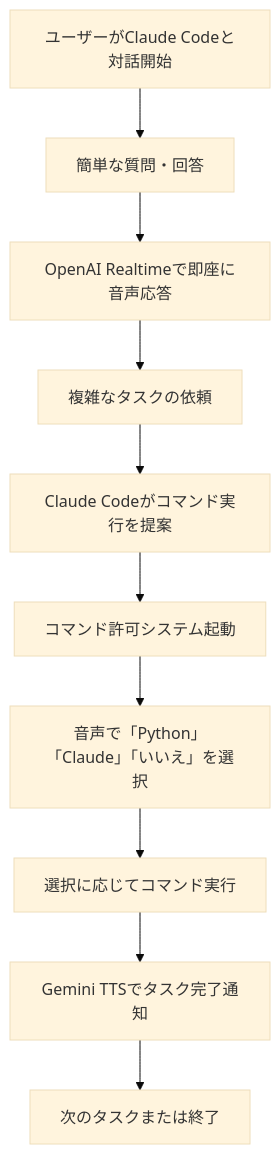
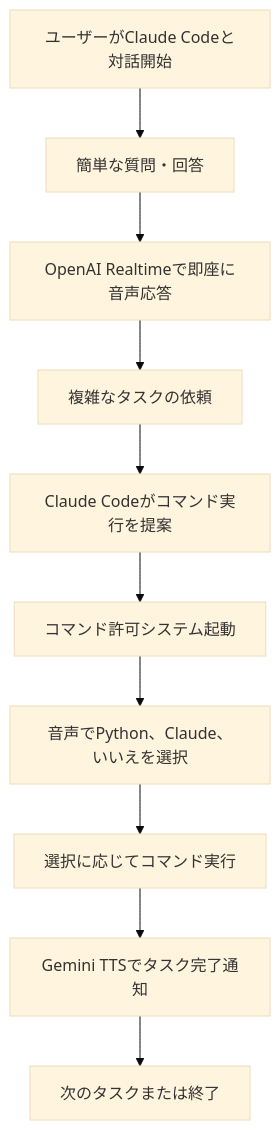
Before and after one commit to ganpare/haconiwa: the diagram in voice-systems/README.ja.md, drawn with Mermaid (base theme). The commit also changed other lines of this file and 1 other file, not shown here.

First line of the commit message:
fix: update voice-systems README files with complete CLAUDE.md integration

````diff
--- a/voice-systems/README.ja.md
+++ b/voice-systems/README.ja.md
@@ -16,12 +16,12 @@
 ```mermaid
 graph TD
     A[ユーザーがClaude Codeと対話開始] --> B[簡単な質問・回答]
     B --> C[OpenAI Realtimeで即座に音声応答]
     C --> D[複雑なタスクの依頼]
     D --> E[Claude Codeがコマンド実行を提案]
     E --> F[コマンド許可システム起動]
-    F --> G[音声で「Python」「Claude」「いいえ」を選択]
+    F --> G[音声でPython、Claude、いいえを選択]
     G --> H[選択に応じてコマンド実行]
     H --> I[Gemini TTSでタスク完了通知]
     I --> J[次のタスクまたは終了]
 ```
````
